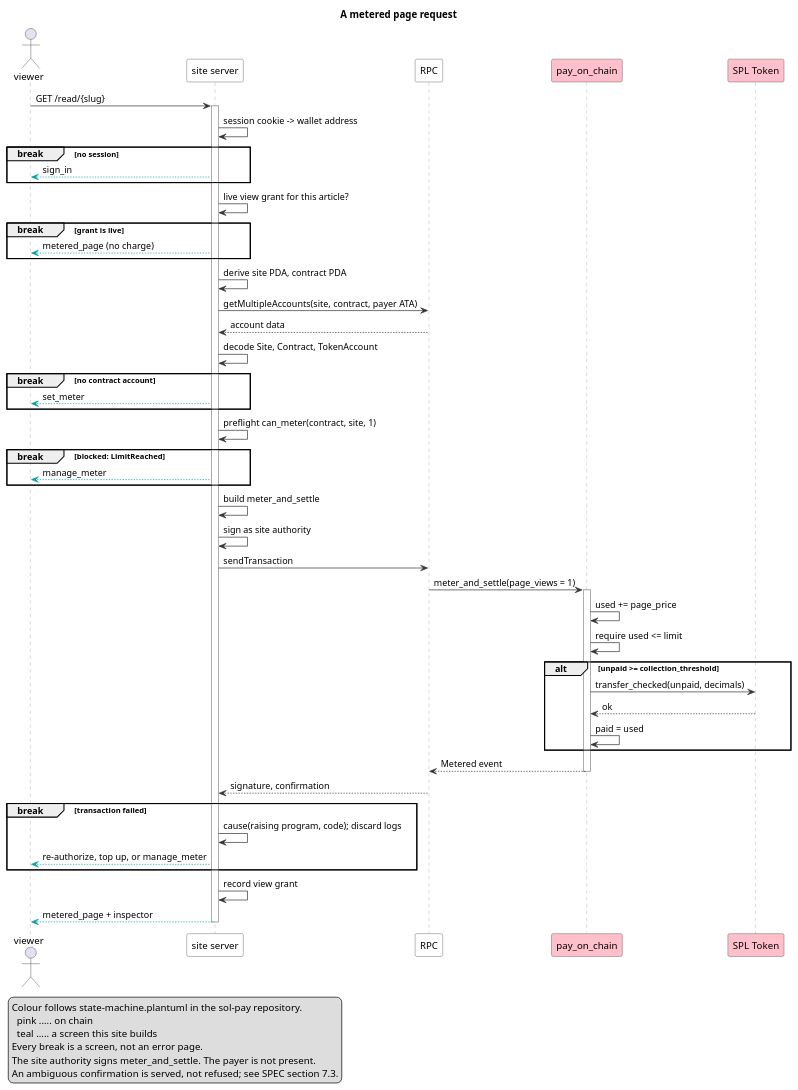
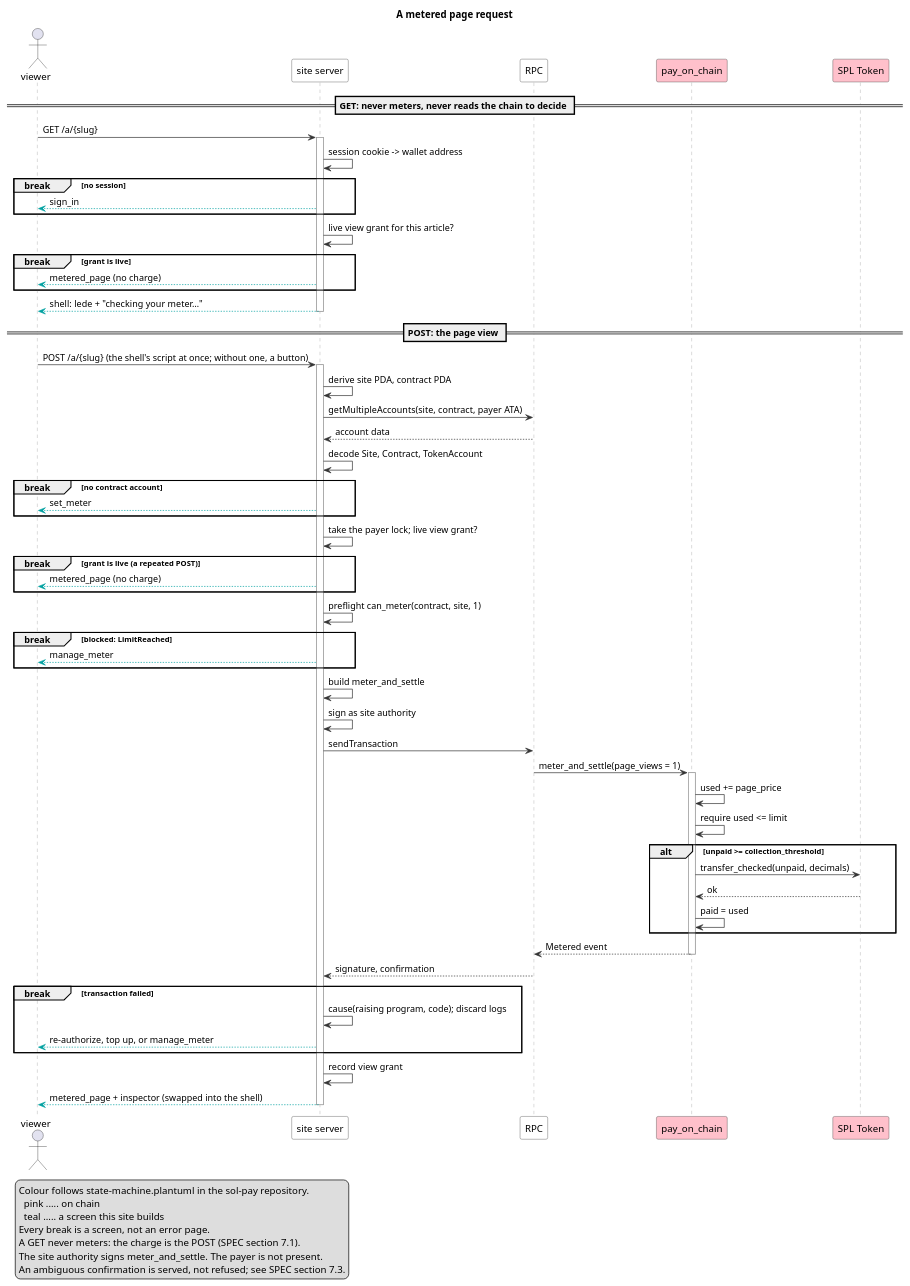
One commit to wbreeze/sol-pay-demonstrator changed the diagram in metered-request.plantuml. Above: the diagram before and after it, drawn with PlantUML. The commit also changed 11 other files, not shown here.

Commit message:
Display lede while RPC metering for full page

```diff
--- a/metered-request.plantuml
+++ b/metered-request.plantuml
@@ -1,79 +1,95 @@
 @startuml
 
 title A metered page request
 
 skinparam shadowing false
 skinparam sequence {
   ArrowColor #333333
   LifeLineBorderColor #999999
   ParticipantBorderColor #333333
   ParticipantBackgroundColor #FFFFFF
 }
 
 actor "viewer" as V
 participant "site server" as S
 participant "RPC" as R
 participant "pay_on_chain" as P #pink
 participant "SPL Token" as T #pink
 
-V -> S : GET /read/{slug}
+== GET: never meters, never reads the chain to decide ==
+
+V -> S : GET /a/{slug}
 activate S
 
 S -> S : session cookie -> wallet address
 break no session
   S -[#00A0A0]-> V : sign_in
 end
 
 S -> S : live view grant for this article?
 break grant is live
   S -[#00A0A0]-> V : metered_page (no charge)
 end
 
+S -[#00A0A0]-> V : shell: lede + "checking your meter…"
+deactivate S
+
+== POST: the page view ==
+
+V -> S : POST /a/{slug} (the shell's script at once; without one, a button)
+activate S
+
 S -> S : derive site PDA, contract PDA
 S -> R : getMultipleAccounts(site, contract, payer ATA)
 R --> S : account data
 S -> S : decode Site, Contract, TokenAccount
 break no contract account
   S -[#00A0A0]-> V : set_meter
+end
+
+S -> S : take the payer lock; live view grant?
+break grant is live (a repeated POST)
+  S -[#00A0A0]-> V : metered_page (no charge)
 end
 
 S -> S : preflight can_meter(contract, site, 1)
 break blocked: LimitReached
   S -[#00A0A0]-> V : manage_meter
 end
 
 S -> S : build meter_and_settle
 S -> S : sign as site authority
 S -> R : sendTransaction
 R -> P : meter_and_settle(page_views = 1)
 activate P
 P -> P : used += page_price
 P -> P : require used <= limit
 alt unpaid >= collection_threshold
   P -> T : transfer_checked(unpaid, decimals)
   T --> P : ok
   P -> P : paid = used
 end
 P --> R : Metered event
 deactivate P
 R --> S : signature, confirmation
 
 break transaction failed
   S -> S : cause(raising program, code); discard logs
   S -[#00A0A0]-> V : re-authorize, top up, or manage_meter
 end
 
 S -> S : record view grant
-S -[#00A0A0]-> V : metered_page + inspector
+S -[#00A0A0]-> V : metered_page + inspector (swapped into the shell)
 deactivate S
 
 legend left
 Colour follows state-machine.plantuml in the sol-pay repository.
   pink ..... on chain
   teal ..... a screen this site builds
 Every break is a screen, not an error page.
+A GET never meters: the charge is the POST (SPEC section 7.1).
 The site authority signs meter_and_settle. The payer is not present.
 An ambiguous confirmation is served, not refused; see SPEC section 7.3.
 endlegend
 
 @enduml
```
